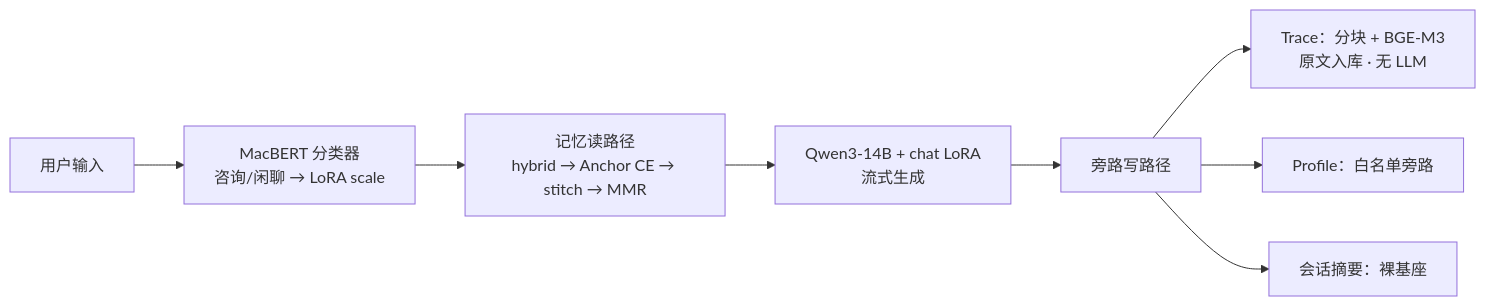
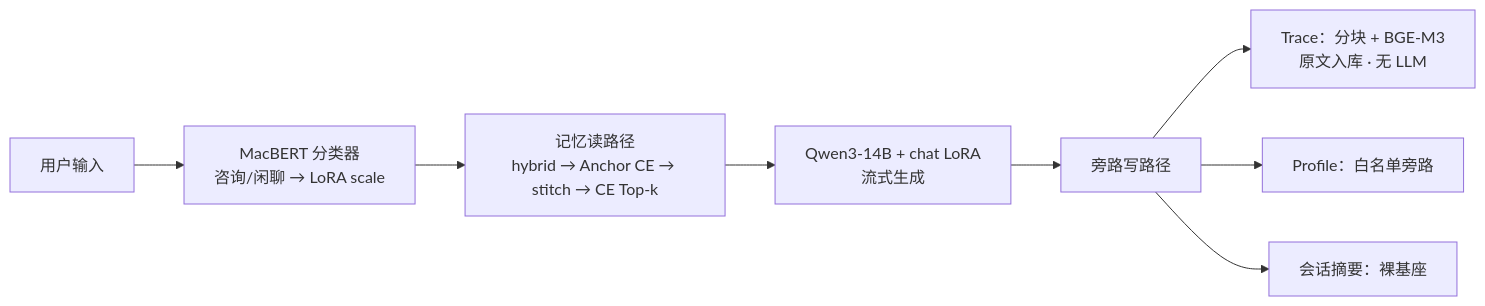
The diagram in 项目文档/02_项目大纲与架构.md (Hi-Zachary/Soulharbor), drawn with Mermaid before and after one commit. The commit also changed other lines of this file and 19 other files, not shown here.

First line of the commit message:
Simplify ER selection to CE Top-k and fix multi-chunk reconstruction.

````diff
--- a/项目文档/02_项目大纲与架构.md
+++ b/项目文档/02_项目大纲与架构.md
@@ -49,10 +49,10 @@
 ```mermaid
 flowchart LR
   U[用户输入] --> C[MacBERT 分类器<br/>咨询/闲聊 → LoRA scale]
-  C --> R[记忆读路径<br/>hybrid → Anchor CE → stitch → MMR]
+  C --> R[记忆读路径<br/>hybrid → Anchor CE → stitch → CE Top-k]
   R --> G[Qwen3-14B + chat LoRA<br/>流式生成]
   G --> W[旁路写路径]
   W --> T[Trace：分块 + BGE-M3<br/>原文入库 · 无 LLM]
   W --> P[Profile：白名单旁路]
   W --> S[会话摘要：裸基座]
 ```
````
